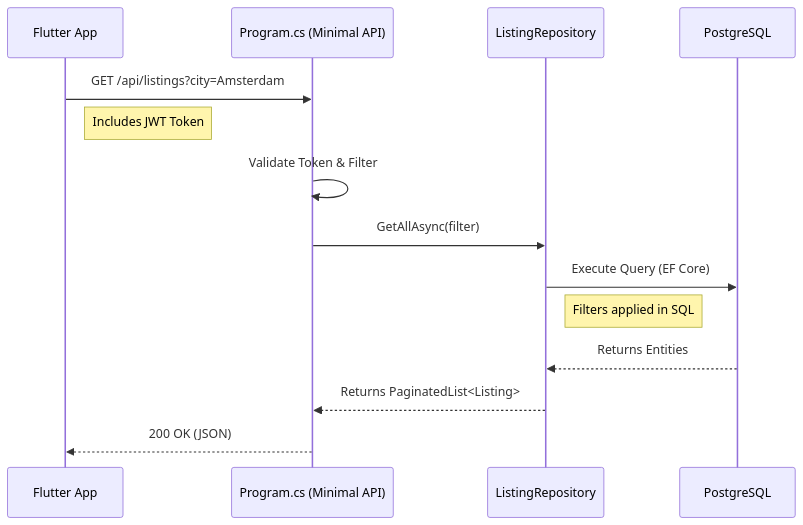
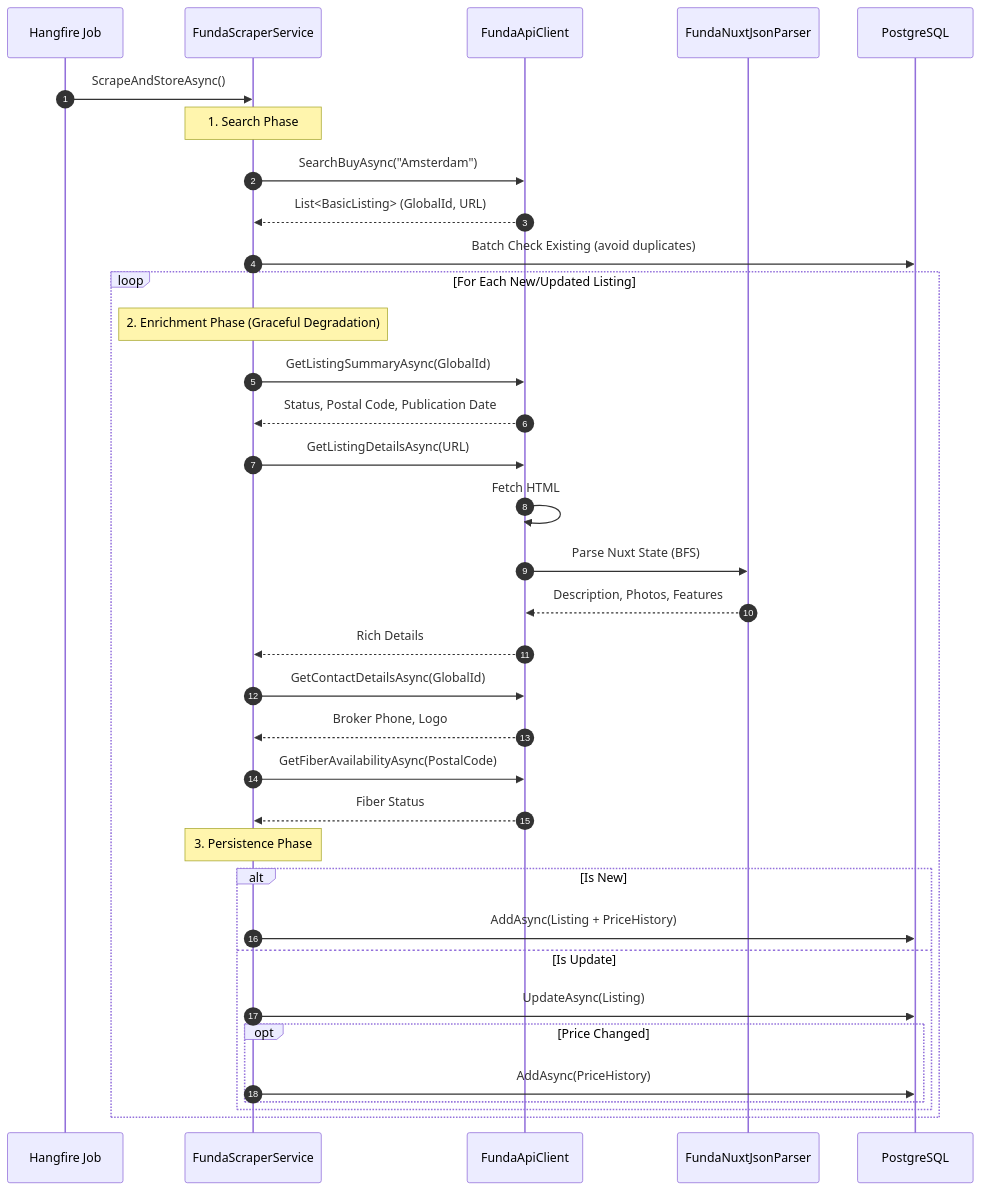
Before and after one commit to YKDBontekoe/valora: the first of 2 diagrams in docs/onboarding.md, drawn with Mermaid. The commit also changed other lines of this file and 4 other files, not shown here.

````diff
--- a/docs/onboarding.md
+++ b/docs/onboarding.md
@@ -15,20 +33,47 @@
 ```mermaid
 sequenceDiagram
-    participant Client as Flutter App
-    participant API as Program.cs (Minimal API)
-    participant Repo as ListingRepository
+    autonumber
+    participant Job as Hangfire Job
+    participant Service as FundaScraperService
+    participant API as FundaApiClient
+    participant Parser as FundaNuxtJsonParser
     participant DB as PostgreSQL
 
-    Client->>API: GET /api/listings?city=Amsterdam
-    Note right of Client: Includes JWT Token
+    Job->>Service: ScrapeAndStoreAsync()
+    Note over Service: 1. Search Phase
 
-    API->>API: Validate Token & Filter
-    API->>Repo: GetAllAsync(filter)
+    Service->>API: SearchBuyAsync("Amsterdam")
+    API-->>Service: List<BasicListing> (GlobalId, URL)
 
-    Repo->>DB: Execute Query (EF Core)
-    Note right of Repo: Filters applied in SQL
-    DB-->>Repo: Returns Entities
+    Service->>DB: Batch Check Existing (avoid duplicates)
 
-    Repo-->>API: Returns PaginatedList<Listing>
-    API-->>Client: 200 OK (JSON)
+    loop For Each New/Updated Listing
+        Note over Service: 2. Enrichment Phase (Graceful Degradation)
+
+        Service->>API: GetListingSummaryAsync(GlobalId)
+        API-->>Service: Status, Postal Code, Publication Date
+
+        Service->>API: GetListingDetailsAsync(URL)
+        API->>API: Fetch HTML
+        API->>Parser: Parse Nuxt State (BFS)
+        Parser-->>API: Description, Photos, Features
+        API-->>Service: Rich Details
+
+        Service->>API: GetContactDetailsAsync(GlobalId)
+        API-->>Service: Broker Phone, Logo
+
+        Service->>API: GetFiberAvailabilityAsync(PostalCode)
+        API-->>Service: Fiber Status
+
+        Note over Service: 3. Persistence Phase
+
+        alt Is New
+            Service->>DB: AddAsync(Listing + PriceHistory)
+        else Is Update
+            Service->>DB: UpdateAsync(Listing)
+            opt Price Changed
+                Service->>DB: AddAsync(PriceHistory)
+            end
+        end
+    end
 ```
````
